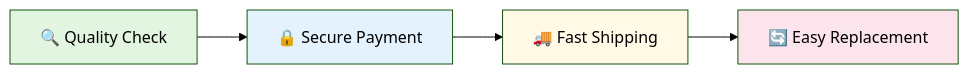
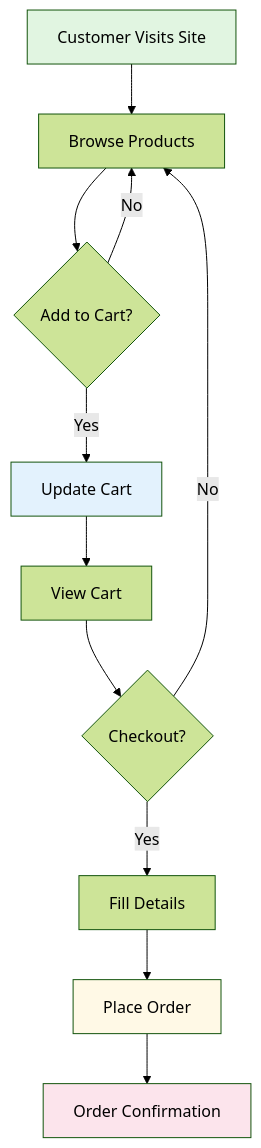
The diagram in README.md (MohammadAliAl/greg), drawn with Mermaid (forest theme) before and after one commit. The commit also changed other lines of this file, not shown here.

````diff
--- a/README.md
+++ b/README.md
@@ -101,11 +240,18 @@
 ```mermaid
-graph LR
-    A[🔍 Quality Check] --> B[🔒 Secure Payment]
-    B --> C[🚚 Fast Shipping]
-    C --> D[🔄 Easy Replacement]
+graph TD
+    A[Customer Visits Site] --> B[Browse Products]
+    B --> C{Add to Cart?}
+    C -->|Yes| D[Update Cart]
+    C -->|No| B
+    D --> E[View Cart]
+    E --> F{Checkout?}
+    F -->|Yes| G[Fill Details]
+    G --> H[Place Order]
+    F -->|No| B
+    H --> I[Order Confirmation]
     
     style A fill:#e1f5e1
-    style B fill:#e3f2fd
-    style C fill:#fff9e6
-    style D fill:#fce4ec
+    style D fill:#e3f2fd
+    style H fill:#fff9e6
+    style I fill:#fce4ec
 ```
````
